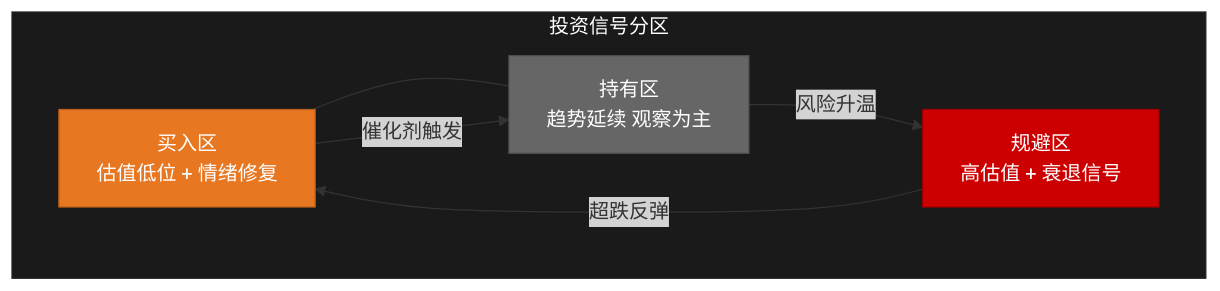
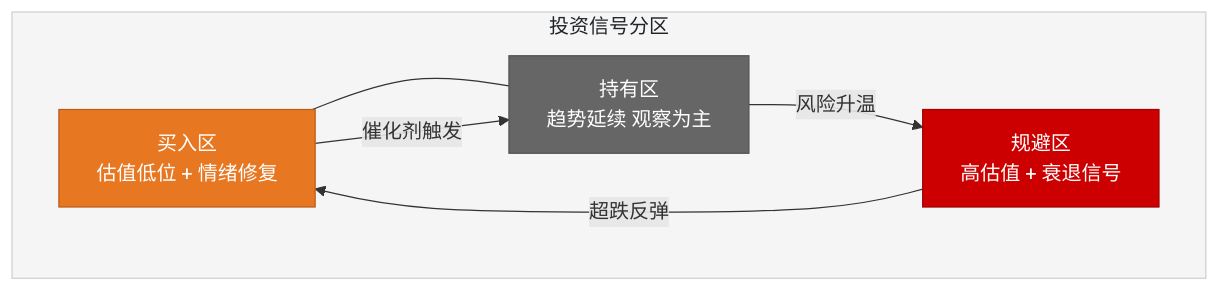
Before and after one commit to harveyzhang814/harveyz-skill: the second of 7 diagrams in skills/writing/mermaid-diagram/tests/bain-style-test.md, drawn with Mermaid. The commit also changed other lines of this file and 2 other files, not shown here.

First line of the commit message:
fix(mermaid/bain): subgraph to weak light-gray backgrounds

````diff
--- a/skills/writing/mermaid-diagram/tests/bain-style-test.md
+++ b/skills/writing/mermaid-diagram/tests/bain-style-test.md
@@ -47,16 +47,16 @@
 ```mermaid
 flowchart TD
     subgraph ZONE["投资信号分区"]
         A["买入区<br/>估值低位 + 情绪修复"] --- B["持有区<br/>趋势延续 观察为主"]
         C["规避区<br/>高估值 + 衰退信号"]
     end
 
     A -->|"催化剂触发"| B
     B -->|"风险升温"| C
     C -->|"超跌反弹"| A
 
-    style ZONE fill:#1A1A1A,color:#fff,stroke:#222222
+    style ZONE fill:#F5F5F5,color:#212427,stroke:#D0D0D0
     style A fill:#E87722,color:#fff,stroke:#BA5F1B
     style B fill:#666666,color:#fff,stroke:#525252
     style C fill:#CC0000,color:#fff,stroke:#A30000
 ```
````
